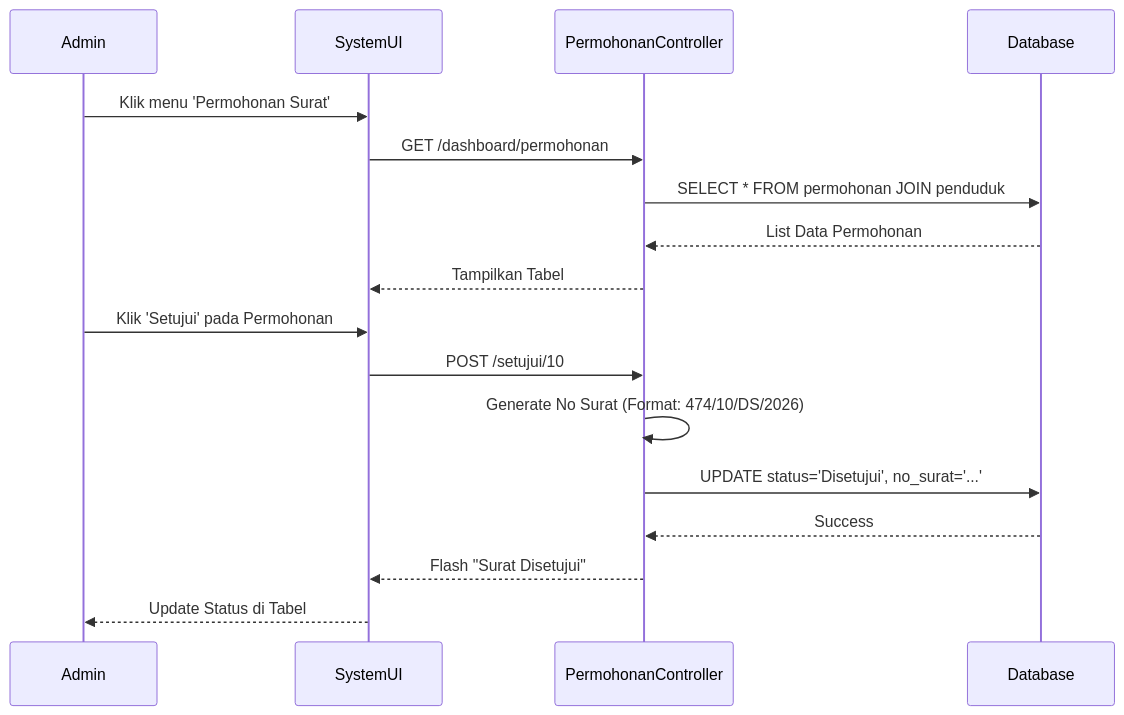
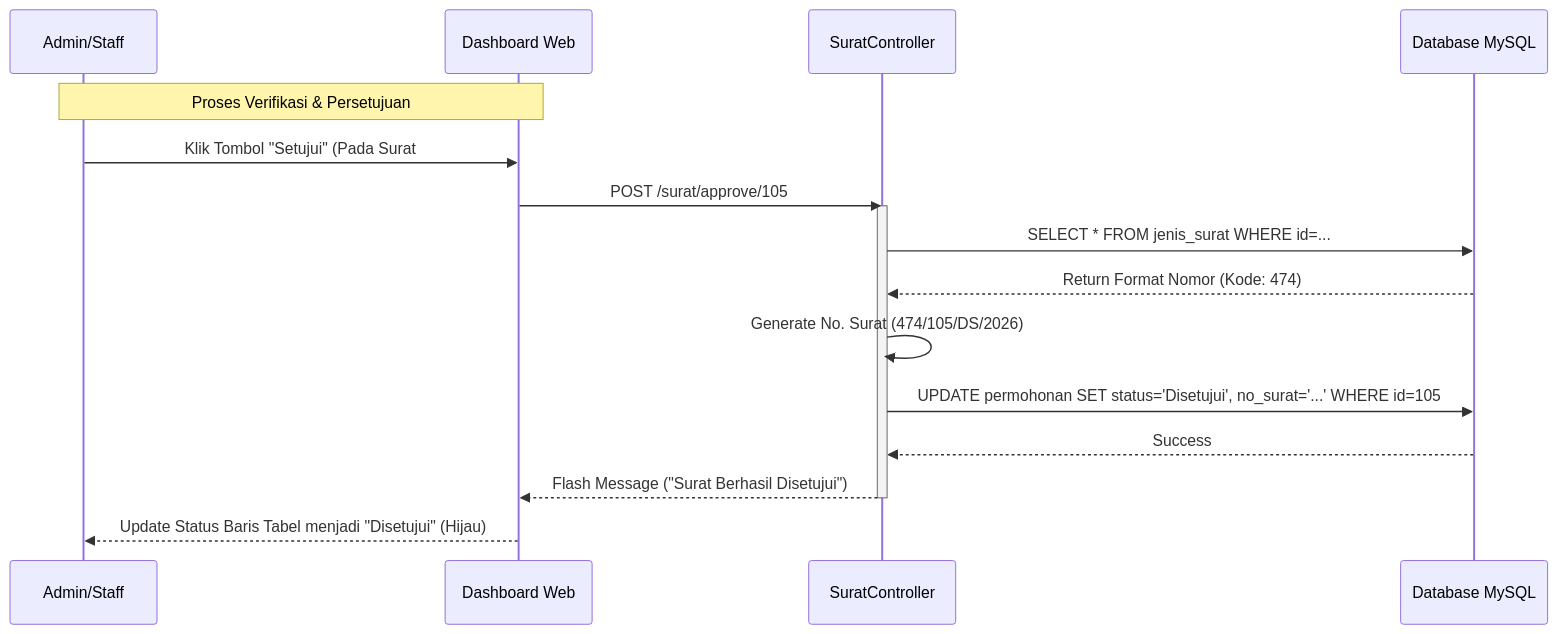
Before and after one commit to Diva-Baihaqi/SIPAD-CIAWIASIH: the third of 3 diagrams in docs/1. laporan_tugas/laporan_divabaihaqi.md, drawn with Mermaid. The commit also changed other lines of this file and 9 other files, not shown here.

````diff
--- a/docs/1. laporan_tugas/laporan_divabaihaqi.md
+++ b/docs/1. laporan_tugas/laporan_divabaihaqi.md
@@ -227,21 +419,26 @@
 ```mermaid
 sequenceDiagram
-    participant Admin
-    participant SystemUI
-    participant PermohonanController
-    participant Database
+    participant Admin as Admin/Staff
+    participant UI as Dashboard Web
+    participant Controller as SuratController
+    participant DB as Database MySQL
 
-    Admin->>SystemUI: Klik menu 'Permohonan Surat'
-    SystemUI->>PermohonanController: GET /dashboard/permohonan
-    PermohonanController->>Database: SELECT * FROM permohonan JOIN penduduk
-    Database-->>PermohonanController: List Data Permohonan
-    PermohonanController-->>SystemUI: Tampilkan Tabel
+    Note over Admin, UI: Proses Verifikasi & Persetujuan
 
-    Admin->>SystemUI: Klik 'Setujui' pada Permohonan #10
-    SystemUI->>PermohonanController: POST /setujui/10
-    PermohonanController->>PermohonanController: Generate No Surat (Format: 474/10/DS/2026)
-    PermohonanController->>Database: UPDATE status='Disetujui', no_surat='...'
-    Database-->>PermohonanController: Success
-    PermohonanController-->>SystemUI: Flash "Surat Disetujui"
-    SystemUI-->>Admin: Update Status di Tabel
+    Admin->>UI: Klik Tombol "Setujui" (Pada Surat #105)
+    UI->>Controller: POST /surat/approve/105
+
+    activate Controller
+    Controller->>DB: SELECT * FROM jenis_surat WHERE id=...
+    DB-->>Controller: Return Format Nomor (Kode: 474)
+
+    Controller->>Controller: Generate No. Surat (474/105/DS/2026)
+
+    Controller->>DB: UPDATE permohonan SET status='Disetujui', no_surat='...' WHERE id=105
+    DB-->>Controller: Success
+
+    Controller-->>UI: Flash Message ("Surat Berhasil Disetujui")
+    deactivate Controller
+
+    UI-->>Admin: Update Status Baris Tabel menjadi "Disetujui" (Hijau)
 ```
````
